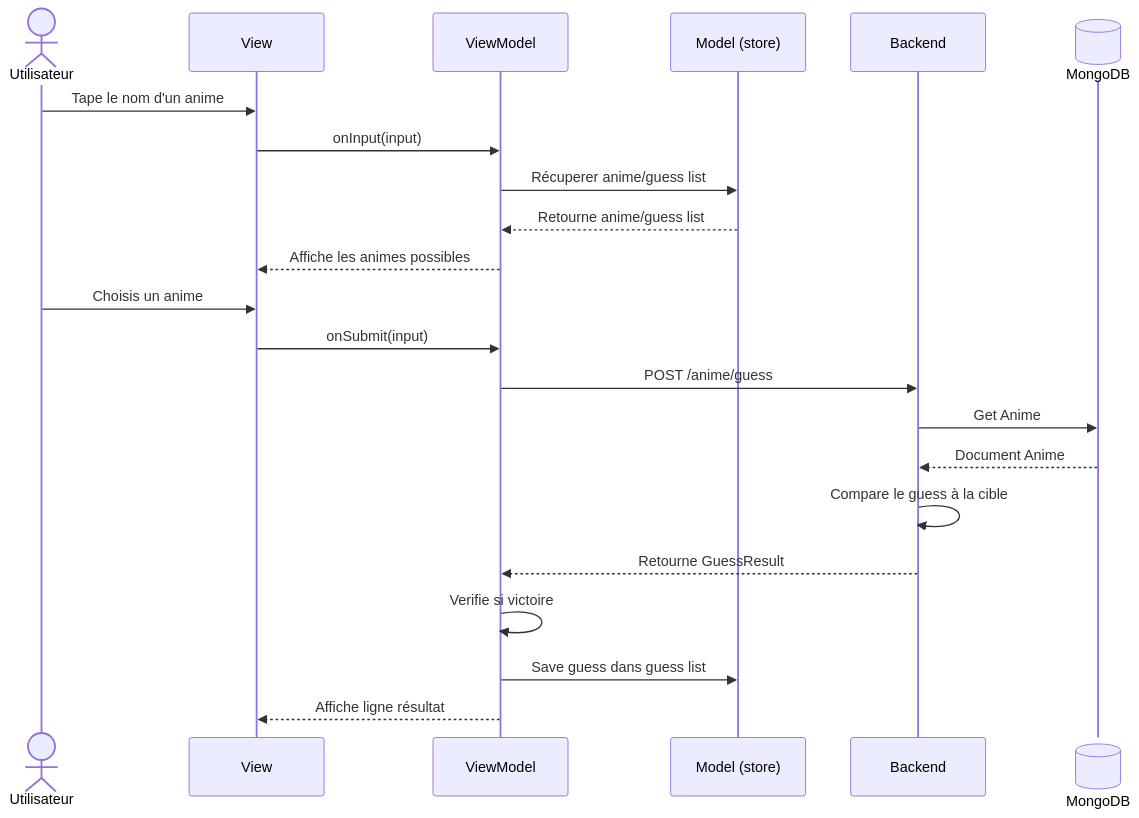
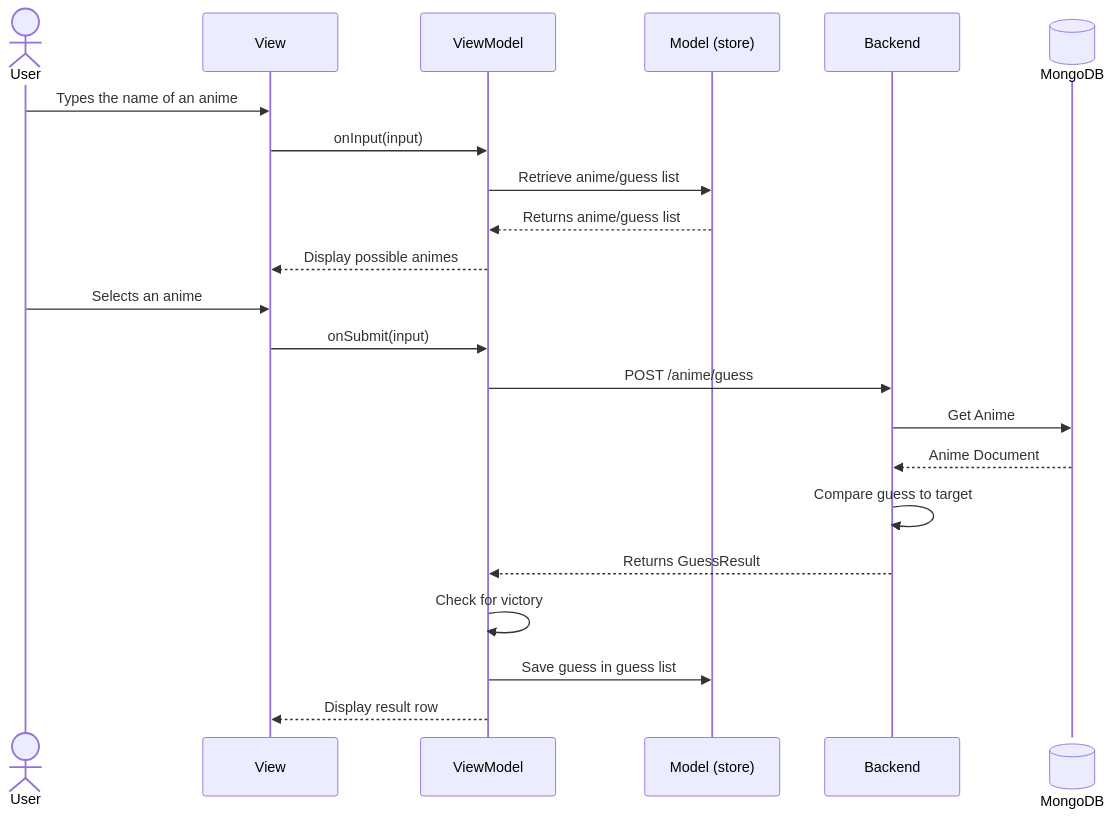
The second of 2 diagrams in slides.md (Shiyamii/presentation-animdle), drawn with Mermaid before and after one commit. The commit also changed other lines of this file, not shown here.

Commit message:
fix: update sequence diagram labels to English and add guessAnime code example

````diff
--- a/slides.md
+++ b/slides.md
@@ -337,24 +337,24 @@
 ```mermaid {scale: 0.45}
 sequenceDiagram
-    actor U as Utilisateur
-    participant V as View
-    participant VM as ViewModel
-    participant M as Model (store)
-    participant B as Backend
-    participant DB@{ "type" : "database" } as MongoDB
-    U->>V: Tape le nom d'un anime
-    V->>VM: onInput(input)
-    VM->>M: Récuperer anime/guess list
-    M-->>VM: Retourne anime/guess list
-    VM-->>V: Affiche les animes possibles
-    U->>V: Choisis un anime
-    V->>VM: onSubmit(input)
-    VM->>B: POST /anime/guess
-    B->>DB : Get Anime
-    DB-->>B: Document Anime
-    B->>B : Compare le guess à la cible
-    B-->>VM: Retourne GuessResult
-    VM->>VM: Verifie si victoire
-    VM->>M: Save guess dans guess list
-    VM-->>V: Affiche ligne résultat
+  actor U as User
+  participant V as View
+  participant VM as ViewModel
+  participant M as Model (store)
+  participant B as Backend
+  participant DB@{ "type" : "database" } as MongoDB
+  U->>V: Types the name of an anime
+  V->>VM: onInput(input)
+  VM->>M: Retrieve anime/guess list
+  M-->>VM: Returns anime/guess list
+  VM-->>V: Display possible animes
+  U->>V: Selects an anime
+  V->>VM: onSubmit(input)
+  VM->>B: POST /anime/guess
+  B->>DB : Get Anime
+  DB-->>B: Anime Document
+  B->>B : Compare guess to target
+  B-->>VM: Returns GuessResult
+  VM->>VM: Check for victory
+  VM->>M: Save guess in guess list
+  VM-->>V: Display result row
 ```
````
